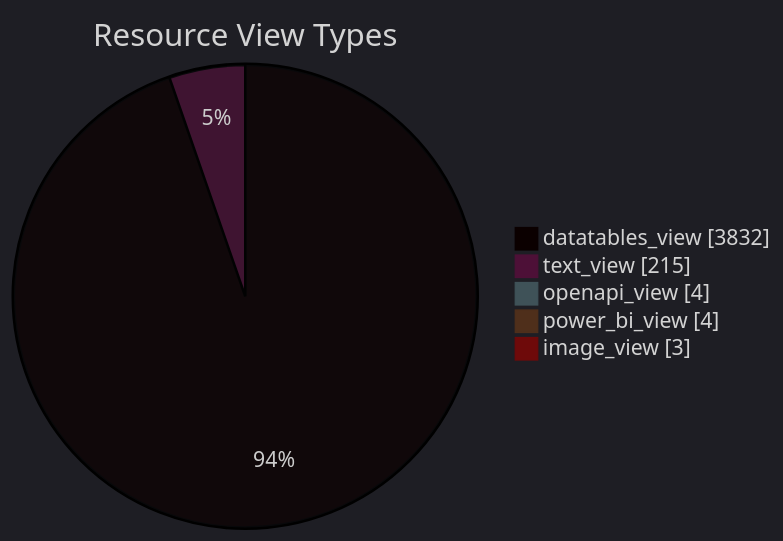
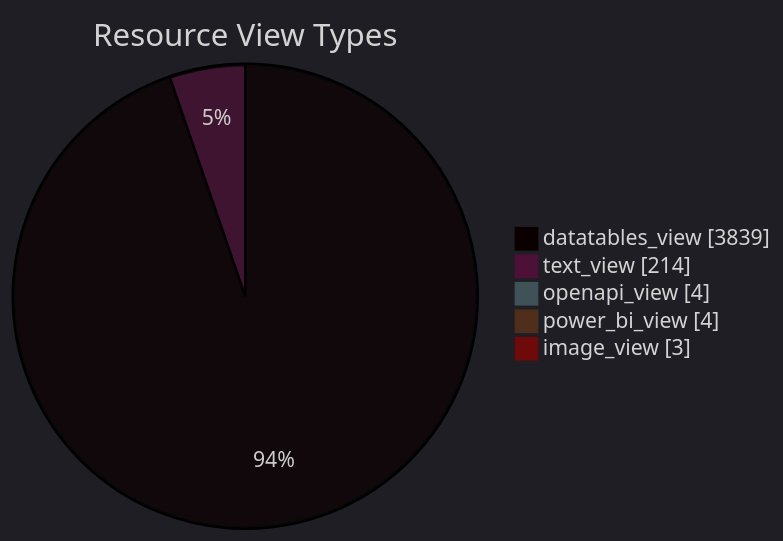
Before and after one commit to open-data/analytics-corporate-reporting: the diagram in datastore_tracker/resource_view_types_pie_chart.md, drawn with Mermaid. The commit also changed 11 other files, not shown here.

````diff
--- a/datastore_tracker/resource_view_types_pie_chart.md
+++ b/datastore_tracker/resource_view_types_pie_chart.md
@@ -2,12 +2,12 @@
 ```mermaid
 ---
 config:
   theme: dark
 ---
 pie showData title Resource View Types
-    "datatables_view": 3832
-    "text_view": 215
+    "datatables_view": 3839
+    "text_view": 214
     "openapi_view": 4
     "power_bi_view": 4
     "image_view": 3
 ```
````
